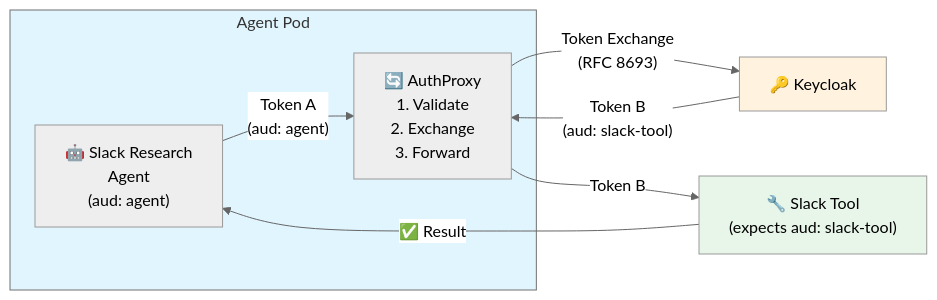
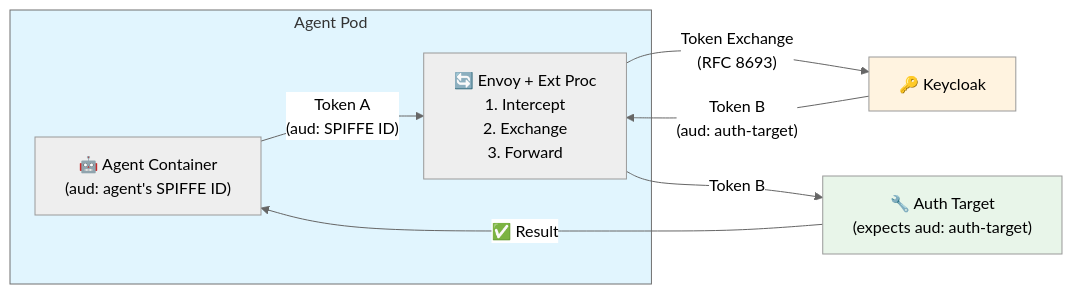
The sixth of 10 diagrams in AuthBridge/BLOG-agentic.md (mrsabath/kagenti-extensions), drawn with Mermaid (neutral theme) before and after one commit. The commit also changed other lines of this file, not shown here.

````diff
--- a/AuthBridge/BLOG-agentic.md
+++ b/AuthBridge/BLOG-agentic.md
@@ -374,20 +390,20 @@
 ```mermaid
 flowchart LR
     subgraph AgentPod["Agent Pod"]
-        Agent["🤖 Slack Research<br/>Agent<br/>(aud: agent)"]
-        Proxy["🔄 AuthProxy<br/>1. Validate<br/>2. Exchange<br/>3. Forward"]
+        Agent["🤖 Agent Container<br/>(aud: agent's SPIFFE ID)"]
+        Proxy["🔄 Envoy + Ext Proc<br/>1. Intercept<br/>2. Exchange<br/>3. Forward"]
     end
     
     KC["🔑 Keycloak"]
-    Tool["🔧 Slack Tool<br/>(expects aud: slack-tool)"]
+    Tool["🔧 Auth Target<br/>(expects aud: auth-target)"]
     
-    Agent -->|"Token A<br/>(aud: agent)"| Proxy
+    Agent -->|"Token A<br/>(aud: SPIFFE ID)"| Proxy
     Proxy -->|"Token Exchange<br/>(RFC 8693)"| KC
-    KC -->|"Token B<br/>(aud: slack-tool)"| Proxy
+    KC -->|"Token B<br/>(aud: auth-target)"| Proxy
     Proxy -->|"Token B"| Tool
     Tool -->|"✅ Result"| Agent
     
     style AgentPod fill:#e1f5fe
     style Tool fill:#e8f5e9
     style KC fill:#fff3e0
 ```
````
